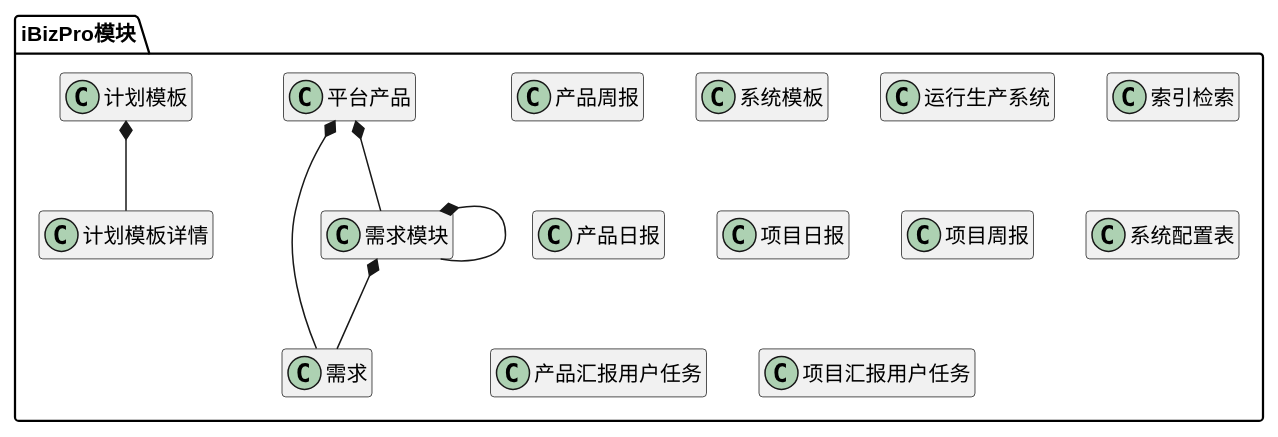
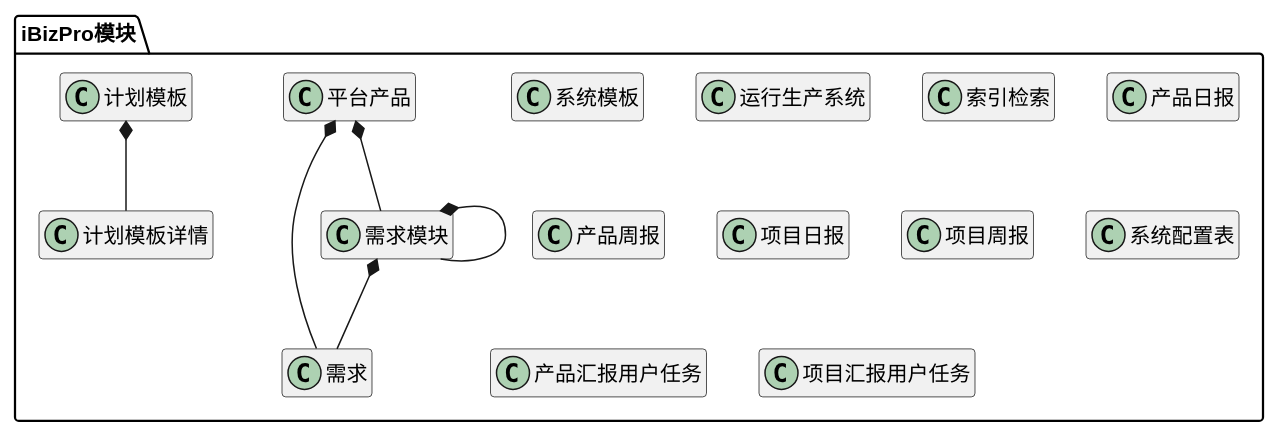
The diagram in ibizpms-docs/src/main/doc/v1/module/ibizpro.md (zj335841911/nt_chandao), drawn with PlantUML before and after one commit. The commit also changed other lines of this file and 42 other files, not shown here.

```diff
--- a/ibizpms-docs/src/main/doc/v1/module/ibizpro.md
+++ b/ibizpms-docs/src/main/doc/v1/module/ibizpro.md
@@ -6,71 +6,71 @@
 {% plantuml %}
 
 package iBizPro模块 {
-
-class 产品周报 {
-}
 
 class 平台产品 {
 }
 
 class 需求 {
 }
 
 class 需求模块 {
 }
 
 class 系统模板 {
 }
 
 class 运行生产系统 {
 }
 
 class 索引检索 {
 }
 
 class 产品日报 {
+}
+
+class 产品周报 {
 }
 
 class 项目日报 {
 }
 
 class 项目周报 {
 }
 
 class 计划模板 {
 }
 
 class 计划模板详情 {
 }
 
 class 系统配置表 {
 }
 
 class 产品汇报用户任务 {
 }
 
 class 项目汇报用户任务 {
 }
 
 
 平台产品 *-- 需求模块 
 
 
 需求模块 *-- 需求模块 
 
 
 平台产品 *-- 需求 
 
 
 需求模块 *-- 需求 
 
 
 计划模板 *-- 计划模板详情 
 
 
 
 }
 
 hide members
 
 {% endplantuml %}
```
